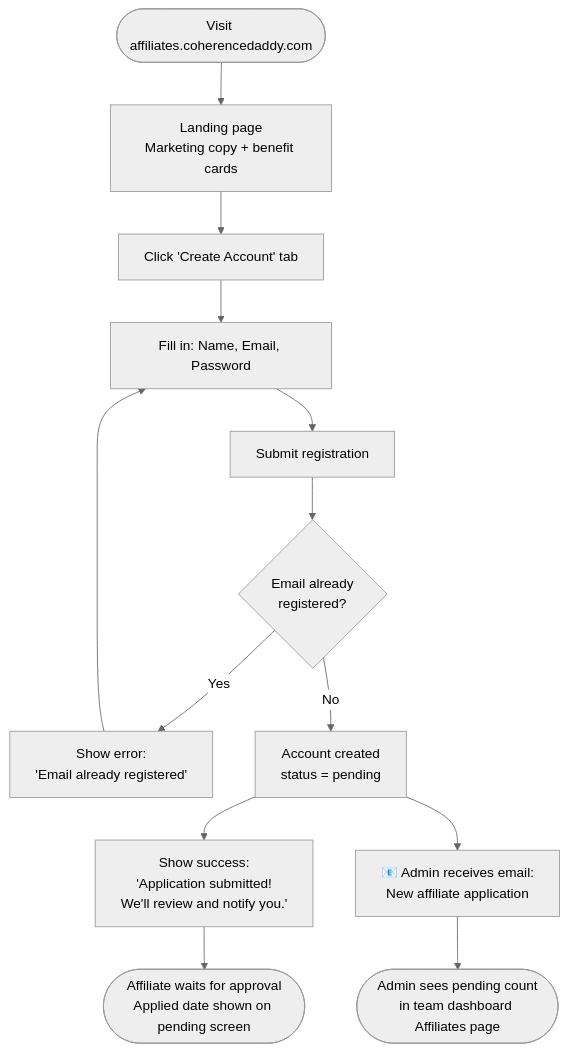
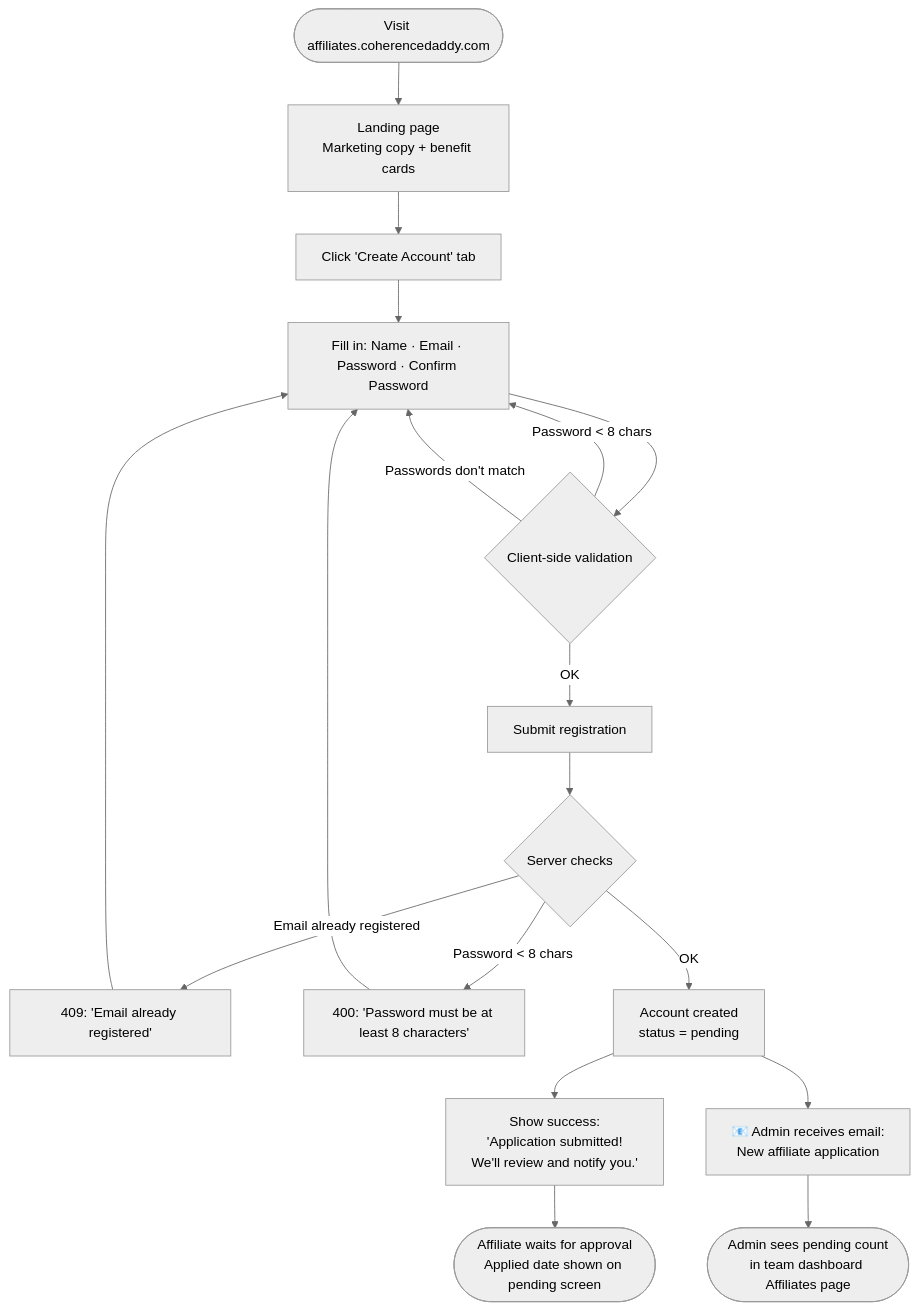
Before and after one commit to ShieldnestORG/team-dashboard: the first of 10 diagrams in docs/guides/affiliate-user-journeys.md, drawn with Mermaid (neutral theme). The commit also changed other lines of this file and 6 other files, not shown here.

First line of the commit message:
feat: affiliate UX fixes, admin converted column, docs overhaul + admin test guide

````diff
--- a/docs/guides/affiliate-user-journeys.md
+++ b/docs/guides/affiliate-user-journeys.md
@@ -11,15 +11,20 @@
 ```mermaid
 flowchart TD
     A([Visit affiliates.coherencedaddy.com]) --> B[Landing page\nMarketing copy + benefit cards]
     B --> C[Click 'Create Account' tab]
-    C --> D[Fill in: Name, Email, Password]
-    D --> E[Submit registration]
-    E --> F{Email already\nregistered?}
-    F -- Yes --> G[Show error:\n'Email already registered']
-    G --> D
-    F -- No --> H[Account created\nstatus = pending]
-    H --> I[Show success:\n'Application submitted!\nWe'll review and notify you.']
-    H --> J[📧 Admin receives email:\nNew affiliate application]
-    I --> K([Affiliate waits for approval\nApplied date shown on pending screen])
-    J --> L([Admin sees pending count\nin team dashboard Affiliates page])
+    C --> D[Fill in: Name · Email · Password · Confirm Password]
+    D --> E{Client-side validation}
+    E -- Password < 8 chars --> D
+    E -- Passwords don't match --> D
+    E -- OK --> F[Submit registration]
+    F --> G{Server checks}
+    G -- Email already registered --> H[409: 'Email already registered']
+    H --> D
+    G -- Password < 8 chars --> I[400: 'Password must be at least 8 characters']
+    I --> D
+    G -- OK --> J[Account created\nstatus = pending]
+    J --> K[Show success:\n'Application submitted!\nWe'll review and notify you.']
+    J --> L[📧 Admin receives email:\nNew affiliate application]
+    K --> M([Affiliate waits for approval\nApplied date shown on pending screen])
+    L --> N([Admin sees pending count\nin team dashboard Affiliates page])
 ```
````
